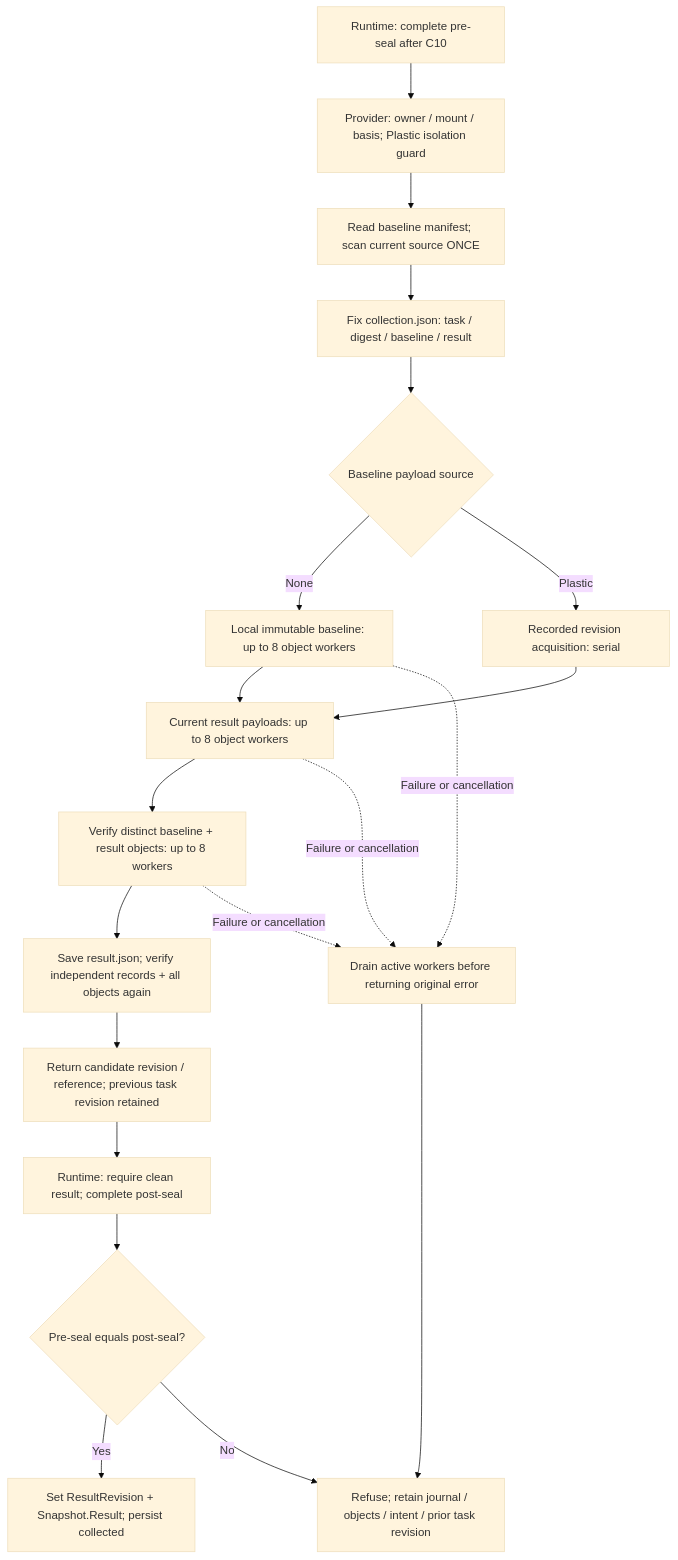
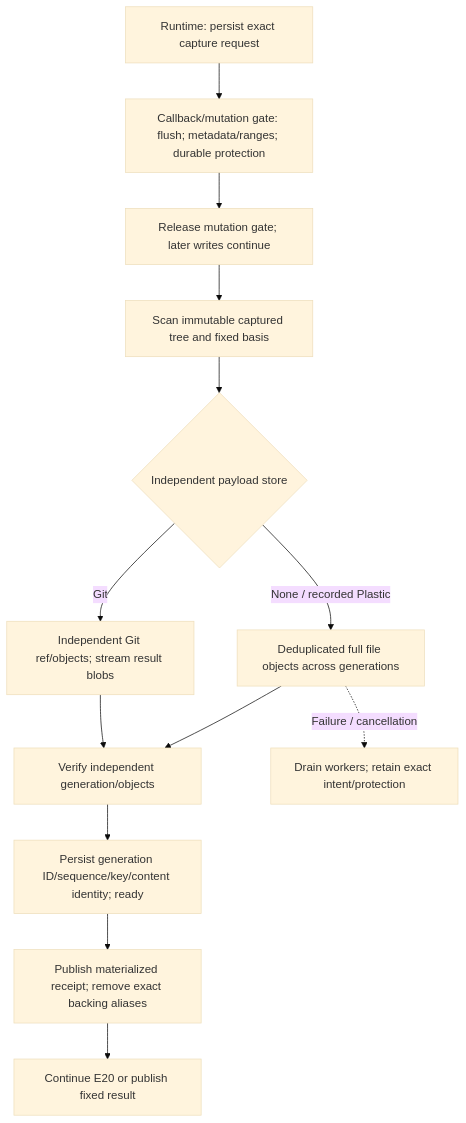
Before and after one commit to olivecrow/splinter: the fifth of 6 diagrams in docs/lifecycle-optimization-map.md, drawn with Mermaid (base theme). The commit also changed other lines of this file and 47 other files, not shown here.

````diff
--- a/docs/lifecycle-optimization-map.md
+++ b/docs/lifecycle-optimization-map.md
@@ -260,22 +260,15 @@
 ```mermaid
 flowchart TD
-  Pre["Runtime: complete pre-seal after C10"] --> Guard["Provider: owner / mount / basis; Plastic isolation guard"]
-  Guard --> Scan["Read baseline manifest; scan current source ONCE"]
-  Scan --> Intent["Fix collection.json: task / digest / baseline / result"]
-  Intent --> Route{"Baseline payload source"}
-  Route -->|None| Local["Local immutable baseline: up to 8 object workers"]
-  Route -->|Plastic| Recorded["Recorded revision acquisition: serial"]
-  Local --> Result["Current result payloads: up to 8 object workers"]
-  Recorded --> Result
-  Result --> Proof["Verify distinct baseline + result objects: up to 8 workers"]
-  Proof --> Manifest["Save result.json; verify independent records + all objects again"]
-  Manifest --> Return["Return candidate revision / reference; previous task revision retained"]
-  Return --> Post["Runtime: require clean result; complete post-seal"]
-  Post --> Equal{"Pre-seal equals post-seal?"}
-  Equal -->|Yes| Commit["Set ResultRevision + Snapshot.Result; persist collected"]
-  Equal -->|No| Retain["Refuse; retain journal / objects / intent / prior task revision"]
-  Local -.->|Failure or cancellation| Drain["Drain active workers before returning original error"]
-  Result -.->|Failure or cancellation| Drain
-  Proof -.->|Failure or cancellation| Drain
-  Drain --> Retain
+  Intent["Runtime: persist exact capture request"] --> Freeze["Callback/mutation gate: flush; metadata/ranges; durable protection"]
+  Freeze --> Continue["Release mutation gate; later writes continue"]
+  Continue --> Scan["Scan immutable captured tree and fixed basis"]
+  Scan --> Route{"Independent payload store"}
+  Route -->|Git| Git["Independent Git ref/objects; stream result blobs"]
+  Route -->|None / recorded Plastic| Files["Deduplicated full file objects across generations"]
+  Git --> Proof["Verify independent generation/objects"]
+  Files --> Proof
+  Proof --> Commit["Persist generation ID/sequence/key/content identity; ready"]
+  Commit --> Unpin["Publish materialized receipt; remove exact backing aliases"]
+  Files -.->|Failure / cancellation| Drain["Drain workers; retain exact intent/protection"]
+  Unpin --> Next["Continue E20 or publish fixed result"]
 ```
````
